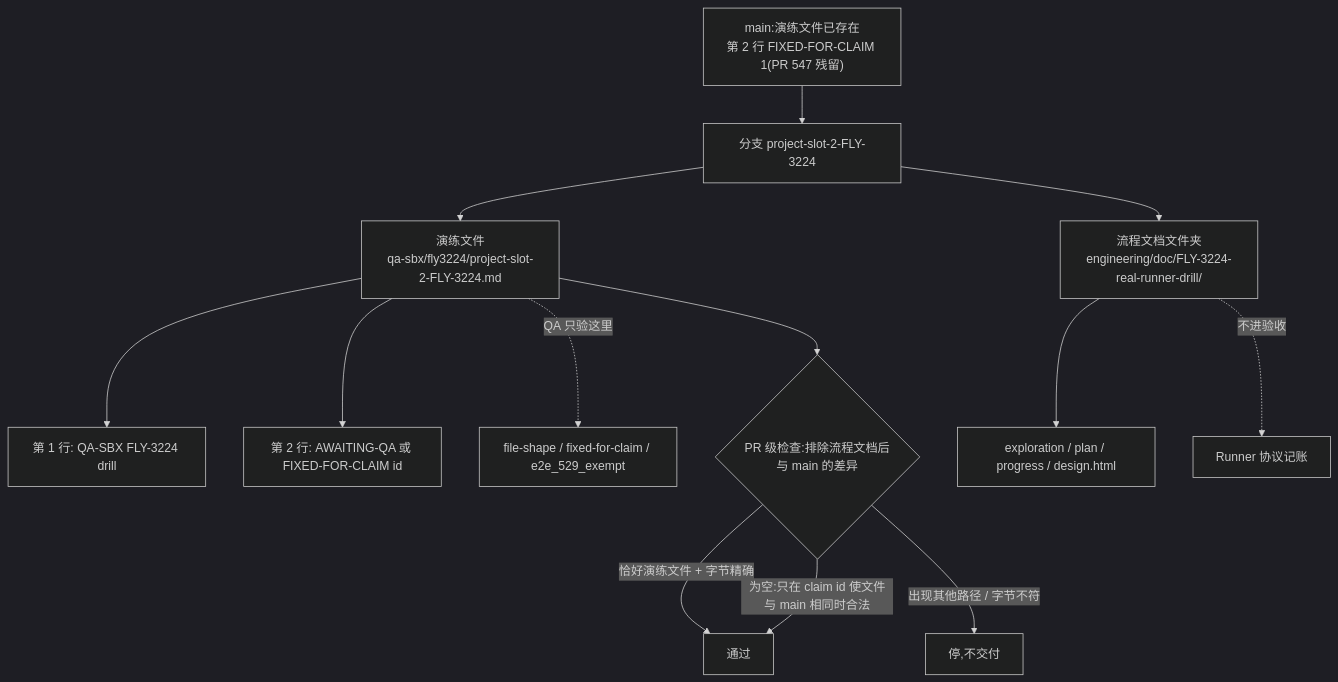
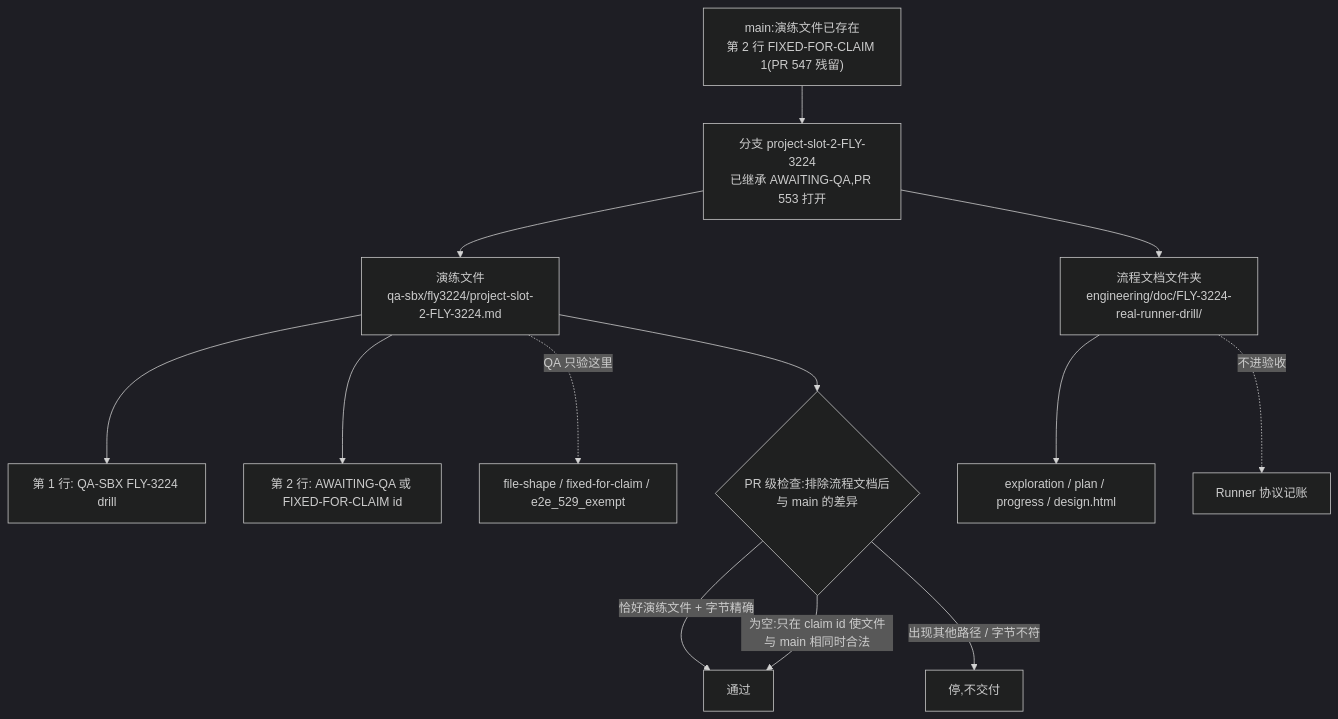
One commit to xrliAnnie/flywheel-qa-sandbox changed the diagram in engineering/doc/FLY-3224-real-runner-drill/d2-data-model.mmd. Above: the diagram before and after it, drawn with Mermaid (dark theme). The commit also changed 4 other files, not shown here.

```diff
--- a/engineering/doc/FLY-3224-real-runner-drill/d2-data-model.mmd
+++ b/engineering/doc/FLY-3224-real-runner-drill/d2-data-model.mmd
@@ -1,13 +1,13 @@
 flowchart TD
-    M["main:演练文件已存在<br/>第 2 行 FIXED-FOR-CLAIM 1(PR 547 残留)"] --> B["分支 project-slot-2-FLY-3224"]
+    M["main:演练文件已存在<br/>第 2 行 FIXED-FOR-CLAIM 1(PR 547 残留)"] --> B["分支 project-slot-2-FLY-3224<br/>已继承 AWAITING-QA,PR 553 打开"]
     B --> T["演练文件<br/>qa-sbx/fly3224/project-slot-2-FLY-3224.md"]
     B --> P["流程文档文件夹<br/>engineering/doc/FLY-3224-real-runner-drill/"]
     T --> L1["第 1 行: QA-SBX FLY-3224 drill"]
     T --> L2["第 2 行: AWAITING-QA 或 FIXED-FOR-CLAIM id"]
     P --> X["exploration / plan / progress / design.html"]
     T -. "QA 只验这里" .-> C["file-shape / fixed-for-claim / e2e_529_exempt"]
     P -. "不进验收" .-> N["Runner 协议记账"]
     T --> A{"PR 级检查:排除流程文档后<br/>与 main 的差异"}
     A -- "恰好演练文件 + 字节精确" --> OK["通过"]
     A -- "为空:只在 claim id 使文件与 main 相同时合法" --> OK
     A -- "出现其他路径 / 字节不符" --> STOP["停,不交付"]
```
